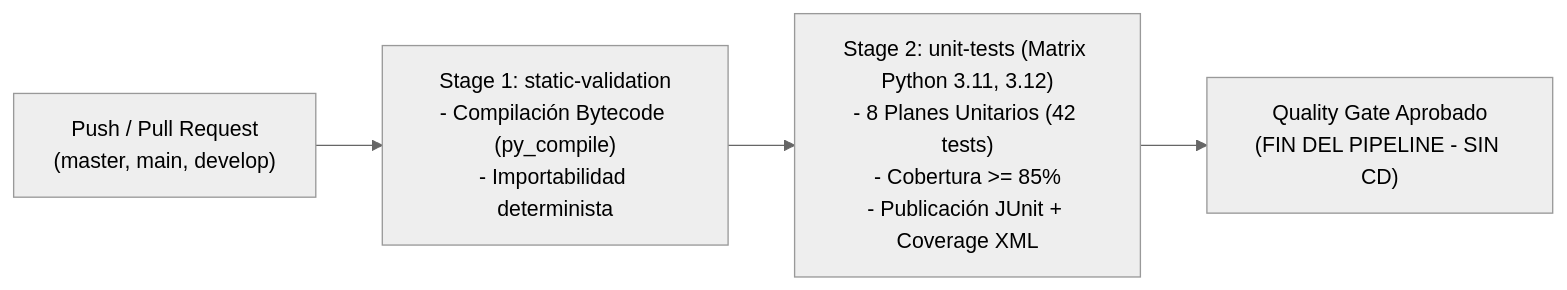
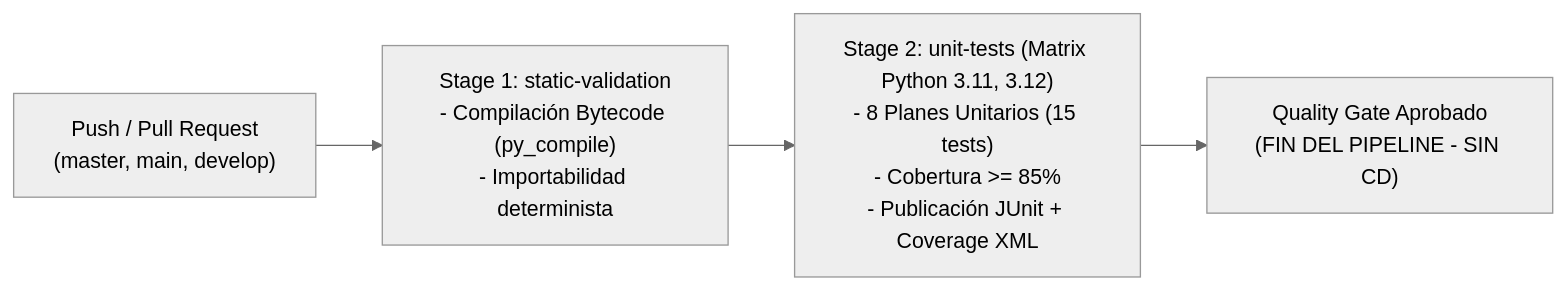
One commit to NativelogXD/repositorio-pipeline-kitsune changed the diagram in README.md. Above: the diagram before and after it, drawn with Mermaid (neutral theme). The commit also changed other lines of this file and 19 other files, not shown here.

````diff
--- a/README.md
+++ b/README.md
@@ -114,6 +274,6 @@
 ```mermaid
 flowchart LR
     A["Push / Pull Request\n(master, main, develop)"] --> B["Stage 1: static-validation\n- Compilación Bytecode (py_compile)\n- Importabilidad determinista"]
-    B --> C["Stage 2: unit-tests (Matrix Python 3.11, 3.12)\n- 8 Planes Unitarios (42 tests)\n- Cobertura >= 85%\n- Publicación JUnit + Coverage XML"]
+    B --> C["Stage 2: unit-tests (Matrix Python 3.11, 3.12)\n- 8 Planes Unitarios (15 tests)\n- Cobertura >= 85%\n- Publicación JUnit + Coverage XML"]
     C --> D["Quality Gate Aprobado\n(FIN DEL PIPELINE - SIN CD)"]
 ```
````
